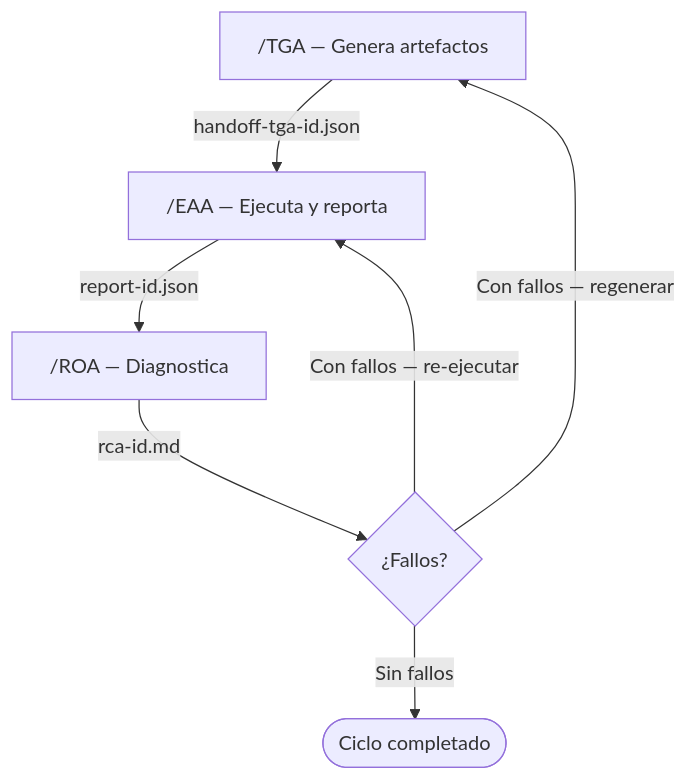
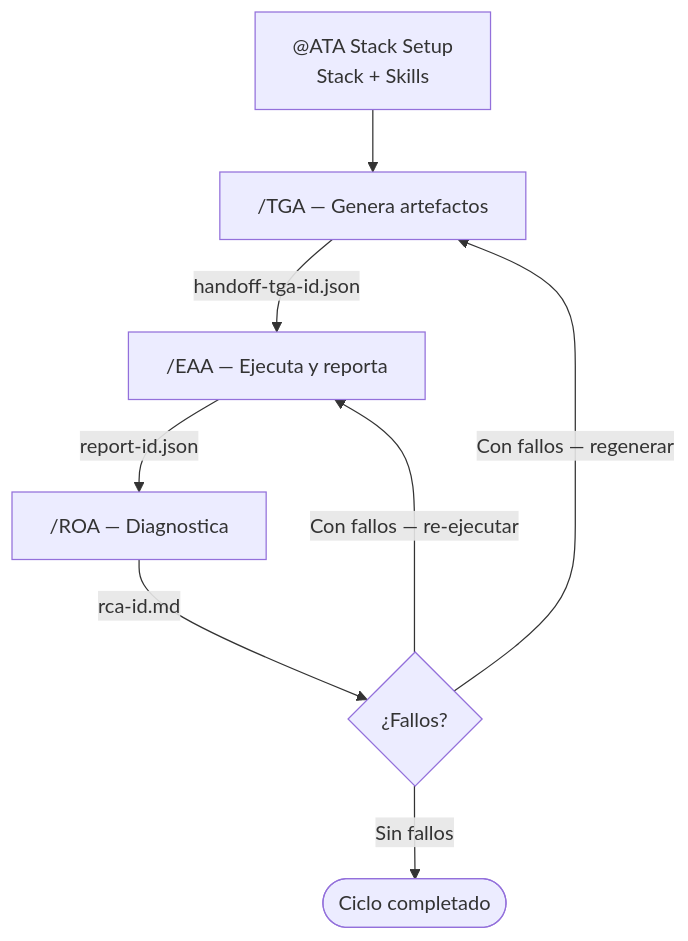
One commit to chinoavila/agentic-testing-architecture changed the second of 3 diagrams in .ata/docs/architecture.md. Above: the diagram before and after it, drawn with Mermaid. The commit also changed other lines of this file and 7 other files, not shown here.

````diff
--- a/.ata/docs/architecture.md
+++ b/.ata/docs/architecture.md
@@ -34,9 +54,11 @@
 ```mermaid
 flowchart TD
+    SSU["@ATA Stack Setup
+    Stack + Skills"] --> TGA
     TGA["/TGA — Genera artefactos"] -->|handoff-tga-id.json| EAA
     EAA["/EAA — Ejecuta y reporta"] -->|report-id.json| ROA
     ROA["/ROA — Diagnostica"] -->|rca-id.md| D{¿Fallos?}
     D -->|Sin fallos| OK([Ciclo completado])
     D -->|Con fallos — regenerar| TGA
     D -->|Con fallos — re-ejecutar| EAA
 ```
````
